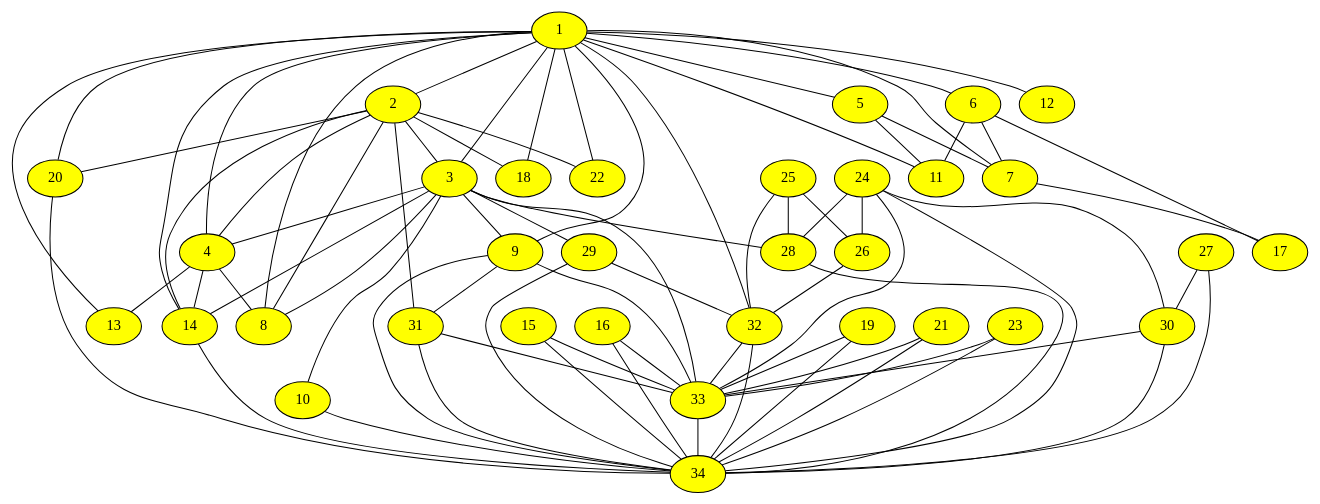
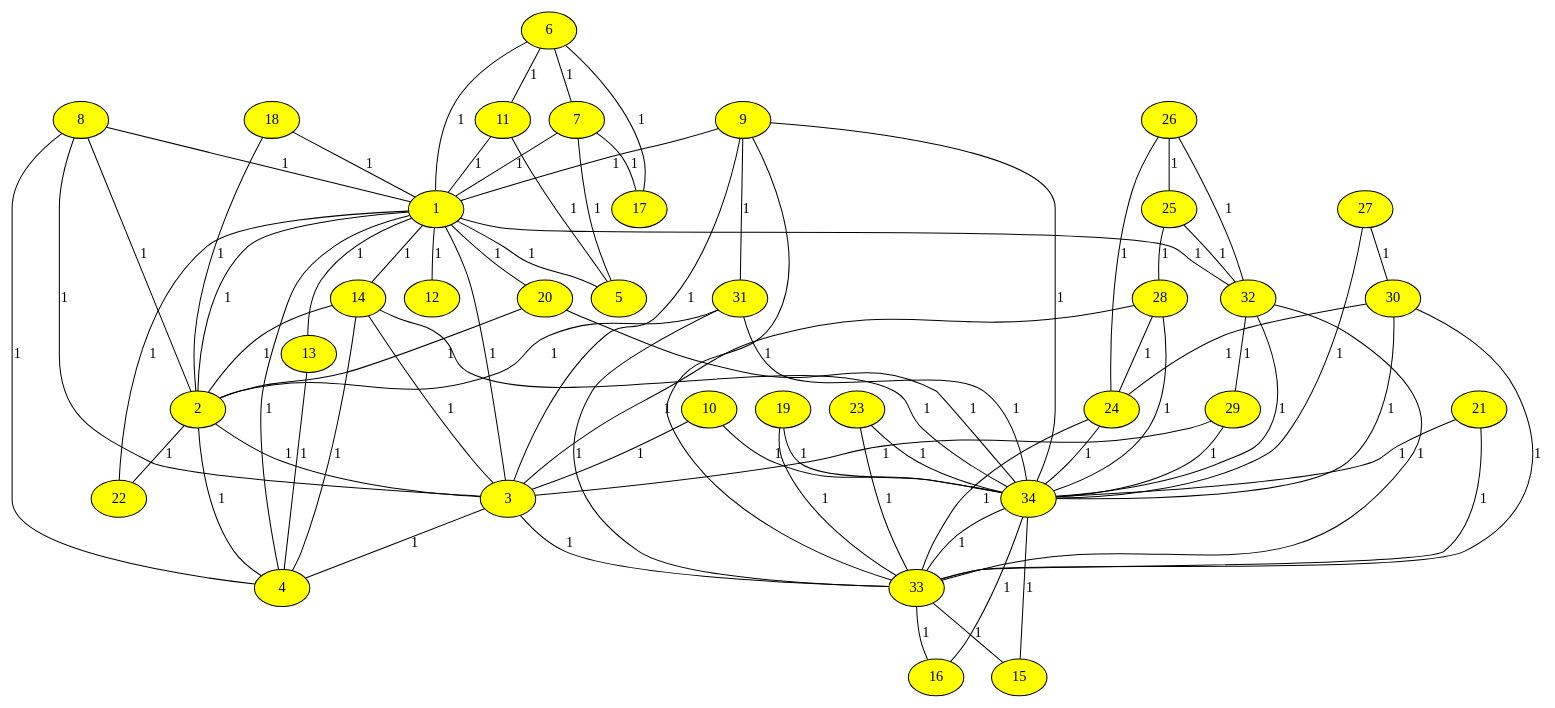
One commit to kraison/graph-utils changed the diagram in data/karate.dot. Above: the diagram before and after it, drawn with Graphviz. The commit also changed 14 other files, not shown here.

Commit message:
finalizing max flow and max matching

```diff
--- a/data/karate.dot
+++ b/data/karate.dot
@@ -1,115 +1,117 @@
-graph graphutils {
-  node [ color = black, fillcolor = while, style = filled ];
-  "1" -- "2" [w=1];
-  "1" -- "3" [w=1];
-  "1" -- "4" [w=1];
-  "1" -- "5" [w=1];
-  "1" -- "6" [w=1];
-  "1" -- "7" [w=1];
-  "1" -- "8" [w=1];
-  "1" -- "9" [w=1];
-  "1" -- "11" [w=1];
-  "1" -- "12" [w=1];
-  "1" -- "13" [w=1];
-  "1" -- "14" [w=1];
-  "1" -- "18" [w=1];
-  "1" -- "20" [w=1];
-  "1" -- "22" [w=1];
-  "1" -- "32" [w=1];
+graph graphutils
+{
+  splines=true;
+  node [ color = black, fillcolor = white, style = filled ];
+  "26" -- "24" [w=1,label=1];
+  "26" -- "25" [w=1,label=1];
+  "26" -- "32" [w=1,label=1];
+  "26" [fillcolor="#ffff00"];
+  "25" -- "28" [w=1,label=1];
+  "25" -- "32" [w=1,label=1];
+  "25" [fillcolor="#ffff00"];
+  "6" -- "1" [w=1,label=1];
+  "6" -- "7" [w=1,label=1];
+  "6" -- "11" [w=1,label=1];
+  "6" -- "17" [w=1,label=1];
+  "6" [fillcolor="#ffff00"];
+  "18" -- "1" [w=1,label=1];
+  "18" -- "2" [w=1,label=1];
+  "18" [fillcolor="#ffff00"];
+  "7" -- "1" [w=1,label=1];
+  "7" -- "5" [w=1,label=1];
+  "7" -- "17" [w=1,label=1];
+  "7" [fillcolor="#ffff00"];
+  "17" [fillcolor="#ffff00"];
+  "28" -- "3" [w=1,label=1];
+  "28" -- "24" [w=1,label=1];
+  "28" -- "34" [w=1,label=1];
+  "28" [fillcolor="#ffff00"];
+  "8" -- "1" [w=1,label=1];
+  "8" -- "2" [w=1,label=1];
+  "8" -- "3" [w=1,label=1];
+  "8" -- "4" [w=1,label=1];
+  "8" [fillcolor="#ffff00"];
+  "27" -- "30" [w=1,label=1];
+  "27" -- "34" [w=1,label=1];
+  "27" [fillcolor="#ffff00"];
+  "11" -- "1" [w=1,label=1];
+  "11" -- "5" [w=1,label=1];
+  "11" [fillcolor="#ffff00"];
+  "9" -- "1" [w=1,label=1];
+  "9" -- "3" [w=1,label=1];
+  "9" -- "31" [w=1,label=1];
+  "9" -- "33" [w=1,label=1];
+  "9" -- "34" [w=1,label=1];
+  "9" [fillcolor="#ffff00"];
+  "10" -- "3" [w=1,label=1];
+  "10" -- "34" [w=1,label=1];
+  "10" [fillcolor="#ffff00"];
+  "21" -- "33" [w=1,label=1];
+  "21" -- "34" [w=1,label=1];
+  "21" [fillcolor="#ffff00"];
+  "1" -- "2" [w=1,label=1];
+  "1" -- "3" [w=1,label=1];
+  "1" -- "4" [w=1,label=1];
+  "1" -- "5" [w=1,label=1];
+  "1" -- "12" [w=1,label=1];
+  "1" -- "13" [w=1,label=1];
+  "1" -- "14" [w=1,label=1];
+  "1" -- "20" [w=1,label=1];
+  "1" -- "22" [w=1,label=1];
+  "1" -- "32" [w=1,label=1];
   "1" [fillcolor="#ffff00"];
-  "2" -- "3" [w=1];
-  "2" -- "4" [w=1];
-  "2" -- "8" [w=1];
-  "2" -- "14" [w=1];
-  "2" -- "18" [w=1];
-  "2" -- "20" [w=1];
-  "2" -- "22" [w=1];
-  "2" -- "31" [w=1];
+  "19" -- "33" [w=1,label=1];
+  "19" -- "34" [w=1,label=1];
+  "19" [fillcolor="#ffff00"];
+  "32" -- "29" [w=1,label=1];
+  "32" -- "33" [w=1,label=1];
+  "32" -- "34" [w=1,label=1];
+  "32" [fillcolor="#ffff00"];
+  "20" -- "2" [w=1,label=1];
+  "20" -- "34" [w=1,label=1];
+  "20" [fillcolor="#ffff00"];
+  "14" -- "2" [w=1,label=1];
+  "14" -- "3" [w=1,label=1];
+  "14" -- "4" [w=1,label=1];
+  "14" -- "34" [w=1,label=1];
+  "14" [fillcolor="#ffff00"];
+  "31" -- "2" [w=1,label=1];
+  "31" -- "33" [w=1,label=1];
+  "31" -- "34" [w=1,label=1];
+  "31" [fillcolor="#ffff00"];
+  "29" -- "3" [w=1,label=1];
+  "29" -- "34" [w=1,label=1];
+  "29" [fillcolor="#ffff00"];
+  "2" -- "3" [w=1,label=1];
+  "2" -- "4" [w=1,label=1];
+  "2" -- "22" [w=1,label=1];
   "2" [fillcolor="#ffff00"];
-  "3" -- "4" [w=1];
-  "3" -- "8" [w=1];
-  "3" -- "9" [w=1];
-  "3" -- "10" [w=1];
-  "3" -- "14" [w=1];
-  "3" -- "28" [w=1];
-  "3" -- "29" [w=1];
-  "3" -- "33" [w=1];
+  "30" -- "24" [w=1,label=1];
+  "30" -- "33" [w=1,label=1];
+  "30" -- "34" [w=1,label=1];
+  "30" [fillcolor="#ffff00"];
+  "13" -- "4" [w=1,label=1];
+  "13" [fillcolor="#ffff00"];
+  "24" -- "33" [w=1,label=1];
+  "24" -- "34" [w=1,label=1];
+  "24" [fillcolor="#ffff00"];
+  "12" [fillcolor="#ffff00"];
+  "3" -- "4" [w=1,label=1];
+  "3" -- "33" [w=1,label=1];
   "3" [fillcolor="#ffff00"];
-  "4" -- "8" [w=1];
-  "4" -- "13" [w=1];
-  "4" -- "14" [w=1];
+  "23" -- "33" [w=1,label=1];
+  "23" -- "34" [w=1,label=1];
+  "23" [fillcolor="#ffff00"];
+  "34" -- "15" [w=1,label=1];
+  "34" -- "16" [w=1,label=1];
+  "34" -- "33" [w=1,label=1];
+  "34" [fillcolor="#ffff00"];
+  "22" [fillcolor="#ffff00"];
   "4" [fillcolor="#ffff00"];
-  "5" -- "7" [w=1];
-  "5" -- "11" [w=1];
+  "33" -- "15" [w=1,label=1];
+  "33" -- "16" [w=1,label=1];
+  "33" [fillcolor="#ffff00"];
+  "16" [fillcolor="#ffff00"];
   "5" [fillcolor="#ffff00"];
-  "6" -- "7" [w=1];
-  "6" -- "11" [w=1];
-  "6" -- "17" [w=1];
-  "6" [fillcolor="#ffff00"];
-  "7" -- "17" [w=1];
-  "7" [fillcolor="#ffff00"];
-  "8" [fillcolor="#ffff00"];
-  "9" -- "31" [w=1];
-  "9" -- "33" [w=1];
-  "9" -- "34" [w=1];
-  "9" [fillcolor="#ffff00"];
-  "10" -- "34" [w=1];
-  "10" [fillcolor="#ffff00"];
-  "11" [fillcolor="#ffff00"];
-  "12" [fillcolor="#ffff00"];
-  "13" [fillcolor="#ffff00"];
-  "14" -- "34" [w=1];
-  "14" [fillcolor="#ffff00"];
-  "15" -- "33" [w=1];
-  "15" -- "34" [w=1];
   "15" [fillcolor="#ffff00"];
-  "16" -- "33" [w=1];
-  "16" -- "34" [w=1];
-  "16" [fillcolor="#ffff00"];
-  "17" [fillcolor="#ffff00"];
-  "18" [fillcolor="#ffff00"];
-  "19" -- "33" [w=1];
-  "19" -- "34" [w=1];
-  "19" [fillcolor="#ffff00"];
-  "20" -- "34" [w=1];
-  "20" [fillcolor="#ffff00"];
-  "21" -- "33" [w=1];
-  "21" -- "34" [w=1];
-  "21" [fillcolor="#ffff00"];
-  "22" [fillcolor="#ffff00"];
-  "23" -- "33" [w=1];
-  "23" -- "34" [w=1];
-  "23" [fillcolor="#ffff00"];
-  "24" -- "26" [w=1];
-  "24" -- "28" [w=1];
-  "24" -- "30" [w=1];
-  "24" -- "33" [w=1];
-  "24" -- "34" [w=1];
-  "24" [fillcolor="#ffff00"];
-  "25" -- "26" [w=1];
-  "25" -- "28" [w=1];
-  "25" -- "32" [w=1];
-  "25" [fillcolor="#ffff00"];
-  "26" -- "32" [w=1];
-  "26" [fillcolor="#ffff00"];
-  "27" -- "30" [w=1];
-  "27" -- "34" [w=1];
-  "27" [fillcolor="#ffff00"];
-  "28" -- "34" [w=1];
-  "28" [fillcolor="#ffff00"];
-  "29" -- "32" [w=1];
-  "29" -- "34" [w=1];
-  "29" [fillcolor="#ffff00"];
-  "30" -- "33" [w=1];
-  "30" -- "34" [w=1];
-  "30" [fillcolor="#ffff00"];
-  "31" -- "33" [w=1];
-  "31" -- "34" [w=1];
-  "31" [fillcolor="#ffff00"];
-  "32" -- "33" [w=1];
-  "32" -- "34" [w=1];
-  "32" [fillcolor="#ffff00"];
-  "33" -- "34" [w=1];
-  "33" [fillcolor="#ffff00"];
-  "34" [fillcolor="#ffff00"];
 }
```
